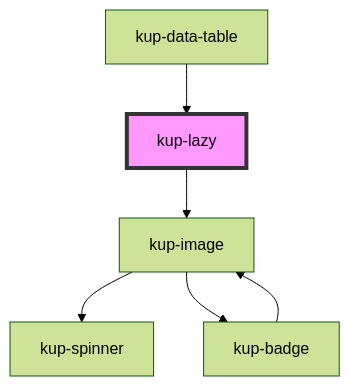
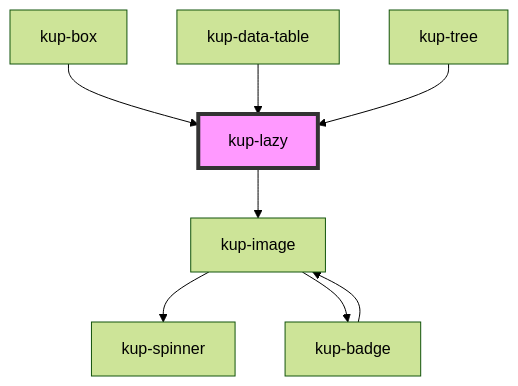
Before and after one commit to smeup/ketchup: the diagram in packages/ketchup/src/components/kup-lazy/readme.md, drawn with Mermaid (forest theme). The commit also changed other lines of this file and 12 other files, not shown here.

Commit message:
Box and tree now behave like data table for shapes.

````diff
--- a/packages/ketchup/src/components/kup-lazy/readme.md
+++ b/packages/ketchup/src/components/kup-lazy/readme.md
@@ -42,9 +44,11 @@
 ```mermaid
 graph TD;
   kup-lazy --> kup-image
   kup-image --> kup-spinner
   kup-image --> kup-badge
   kup-badge --> kup-image
+  kup-box --> kup-lazy
   kup-data-table --> kup-lazy
+  kup-tree --> kup-lazy
   style kup-lazy fill:#f9f,stroke:#333,stroke-width:4px
 ```
````
